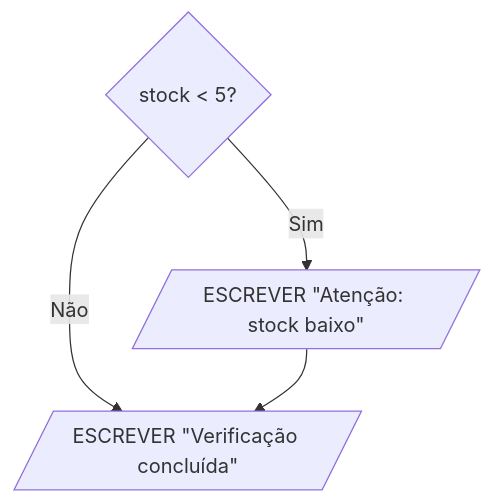
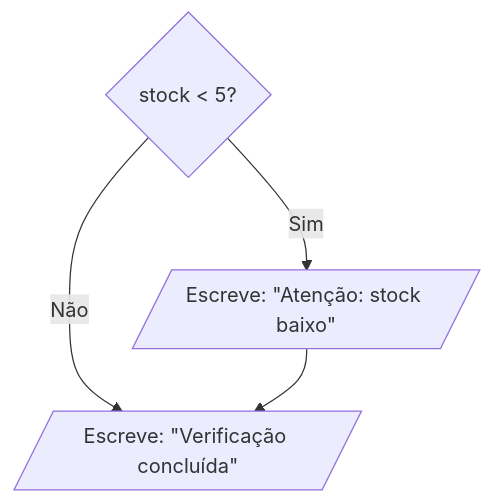
The first of 4 diagrams in 01-algoritmos/03-decisoes-e-validacao.md (NunoMACastro/epms-2627-1ig-lp), drawn with Mermaid before and after one commit. The commit also changed other lines of this file and 10 other files, not shown here.

````diff
--- a/01-algoritmos/03-decisoes-e-validacao.md
+++ b/01-algoritmos/03-decisoes-e-validacao.md
@@ -171,6 +185,6 @@
 ```mermaid
 flowchart TD
-    A{"stock < 5?"} -->|Sim| B[/"ESCREVER #quot;Atenção: stock baixo#quot;"/]
-    A -->|Não| C[/"ESCREVER #quot;Verificação concluída#quot;"/]
+    A{"stock < 5?"} -->|Sim| B[/"Escreve: #quot;Atenção: stock baixo#quot;"/]
+    A -->|Não| C[/"Escreve: #quot;Verificação concluída#quot;"/]
     B --> C
 ```
````
